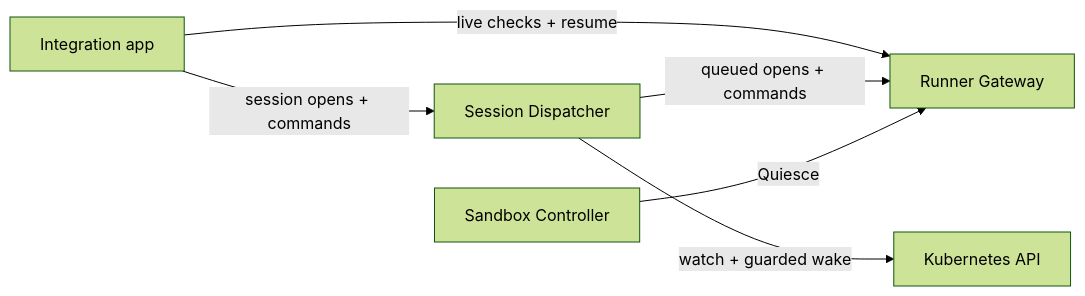
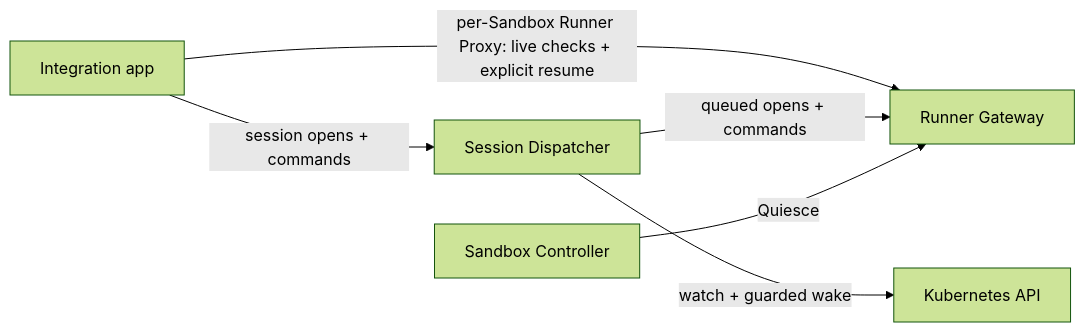
Before and after one commit to agentydragon-agent/ducktape: the second of 6 diagrams in agentplane/README.md, drawn with Mermaid (forest theme). The commit also changed other lines of this file and 12 other files, not shown here.

````diff
--- a/agentplane/README.md
+++ b/agentplane/README.md
@@ -131,13 +131,13 @@
 ```mermaid
 flowchart LR
     app[Integration app]
     dispatcher[Session Dispatcher]
     gateway[Runner Gateway]
     sandboxctl[Sandbox Controller]
     k8s[Kubernetes API]
     app -->|session opens + commands| dispatcher
-    app -->|live checks + resume| gateway
+    app -->|per-Sandbox Runner Proxy: live checks + explicit resume| gateway
     dispatcher -->|queued opens + commands| gateway
     sandboxctl -->|Quiesce| gateway
     dispatcher -->|watch + guarded wake| k8s
 ```
````
